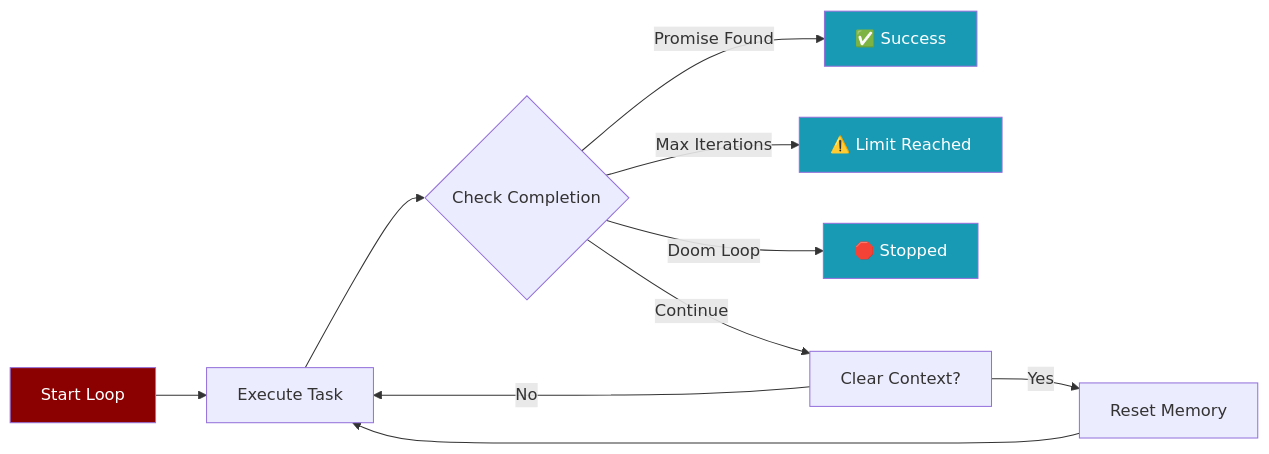
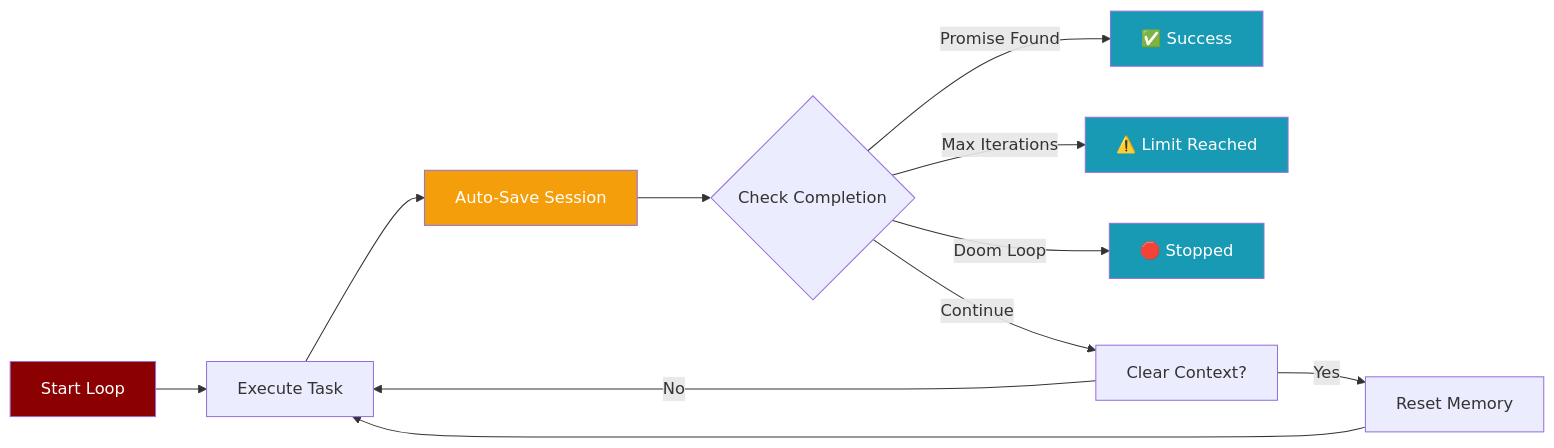
One commit to MervinPraison/PraisonAIDocs changed the first of 4 diagrams in docs/features/autonomy-loop.mdx. Above: the diagram before and after it, drawn with Mermaid. The commit also changed other lines of this file and 4 other files, not shown here.

````diff
--- a/docs/features/autonomy-loop.mdx
+++ b/docs/features/autonomy-loop.mdx
@@ -9,17 +9,19 @@
 ```mermaid
 flowchart LR
     A[Start Loop] --> B[Execute Task]
-    B --> C{Check Completion}
+    B --> S[Auto-Save Session]
+    S --> C{Check Completion}
     C -->|Promise Found| D[✅ Success]
     C -->|Max Iterations| E[⚠️ Limit Reached]
     C -->|Doom Loop| F[🛑 Stopped]
     C -->|Continue| G[Clear Context?]
     G -->|Yes| H[Reset Memory]
     G -->|No| B
     H --> B
     
     style A fill:#8B0000,color:#fff
+    style S fill:#F59E0B,color:#fff
     style D fill:#189AB4,color:#fff
     style E fill:#189AB4,color:#fff
     style F fill:#189AB4,color:#fff
 ```
````
